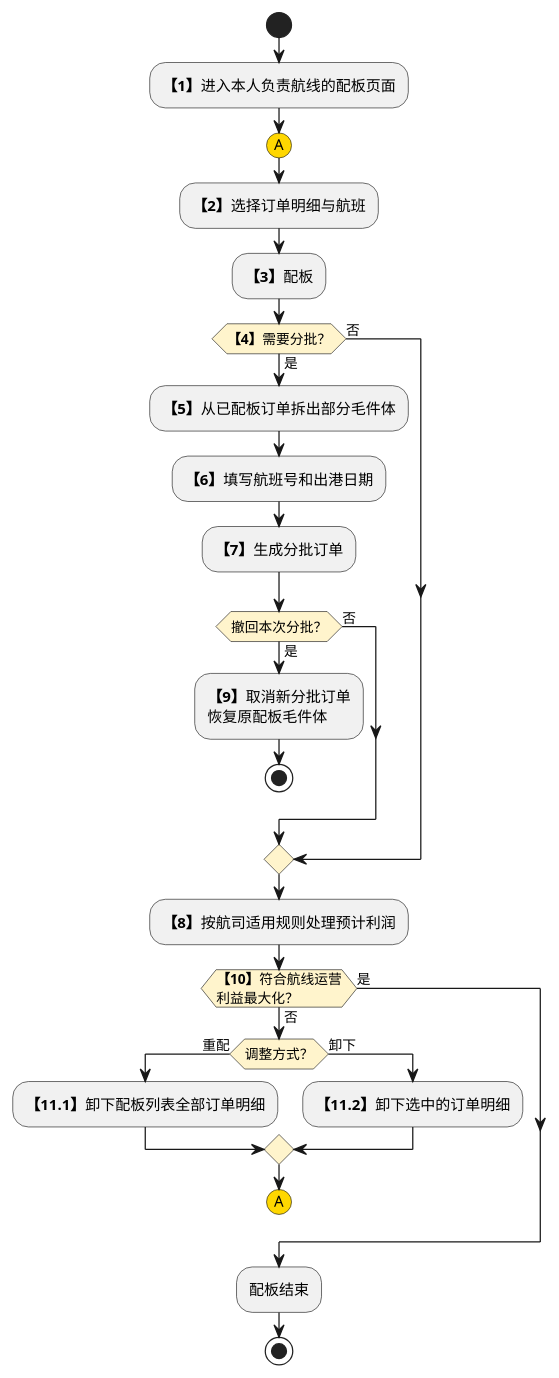
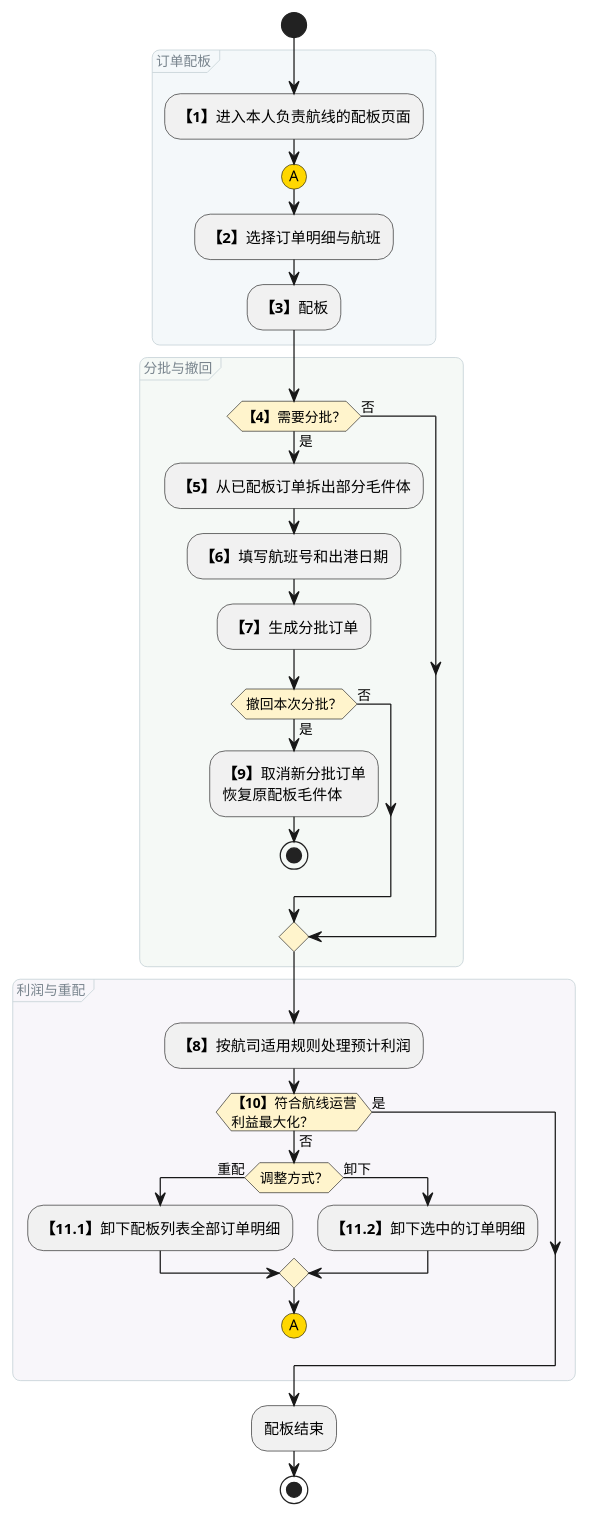
One commit to jack888332/projects-doc changed the second of 2 diagrams in product-caliber/goldjet/segmented-prd/PRD.高捷物流系统一期.第008篇.舱位管理与配板.01F81010E3.md. Above: the diagram before and after it, drawn with PlantUML. The commit also changed other lines of this file and 16 other files, not shown here.

Commit message:
给DSL图分组

````diff
--- a/product-caliber/goldjet/segmented-prd/PRD.高捷物流系统一期.第008篇.舱位管理与配板.01F81010E3.md
+++ b/product-caliber/goldjet/segmented-prd/PRD.高捷物流系统一期.第008篇.舱位管理与配板.01F81010E3.md
@@ -328,34 +346,52 @@
 ```plantuml
 @startuml goldjet-008-pallet-allocation
 skinparam activityDiamondBackgroundColor #FFF4CC
+<style>
+activityDiagram {
+  group {
+    LineColor #CAD5DA
+    LineThickness 0.7
+    RoundCorner 12
+    FontColor #78848D
+    FontSize 11
+    FontStyle plain
+  }
+}
+</style>
 start
-:**【1】**进入本人负责航线的配板页面;
-#gold:(A)
-:**【2】**选择订单明细与航班;
-:**【3】**配板;
-if (**【4】**需要分批？) then (是)
-  :**【5】**从已配板订单拆出部分毛件体;
-  :**【6】**填写航班号和出港日期;
-  :**【7】**生成分批订单;
-  if (撤回本次分批？) then (是)
-    :**【9】**取消新分批订单\n恢复原配板毛件体;
-    stop
+group 订单配板 #F4F8FA {
+  :**【1】**进入本人负责航线的配板页面;
+  #gold:(A)
+  :**【2】**选择订单明细与航班;
+  :**【3】**配板;
+}
+group 分批与撤回 #F5F9F6 {
+  if (**【4】**需要分批？) then (是)
+    :**【5】**从已配板订单拆出部分毛件体;
+    :**【6】**填写航班号和出港日期;
+    :**【7】**生成分批订单;
+    if (撤回本次分批？) then (是)
+      :**【9】**取消新分批订单\n恢复原配板毛件体;
+      stop
+    else (否)
+    endif
   else (否)
   endif
-else (否)
-endif
-:**【8】**按航司适用规则处理预计利润;
-if (**【10】**符合航线运营\n利益最大化？) then (否)
-  if (调整方式？) then (重配)
-    :**【11.1】**卸下配板列表全部订单明细;
-  else (卸下)
-    :**【11.2】**卸下选中的订单明细;
+}
+group 利润与重配 #F8F6FA {
+  :**【8】**按航司适用规则处理预计利润;
+  if (**【10】**符合航线运营\n利益最大化？) then (否)
+    if (调整方式？) then (重配)
+      :**【11.1】**卸下配板列表全部订单明细;
+    else (卸下)
+      :**【11.2】**卸下选中的订单明细;
+    endif
+    #gold:(A)
+    detach
+  else (是)
   endif
-  #gold:(A)
-  detach
-else (是)
-endif
+}
 :配板结束;
 stop
 @enduml
 ```
````
